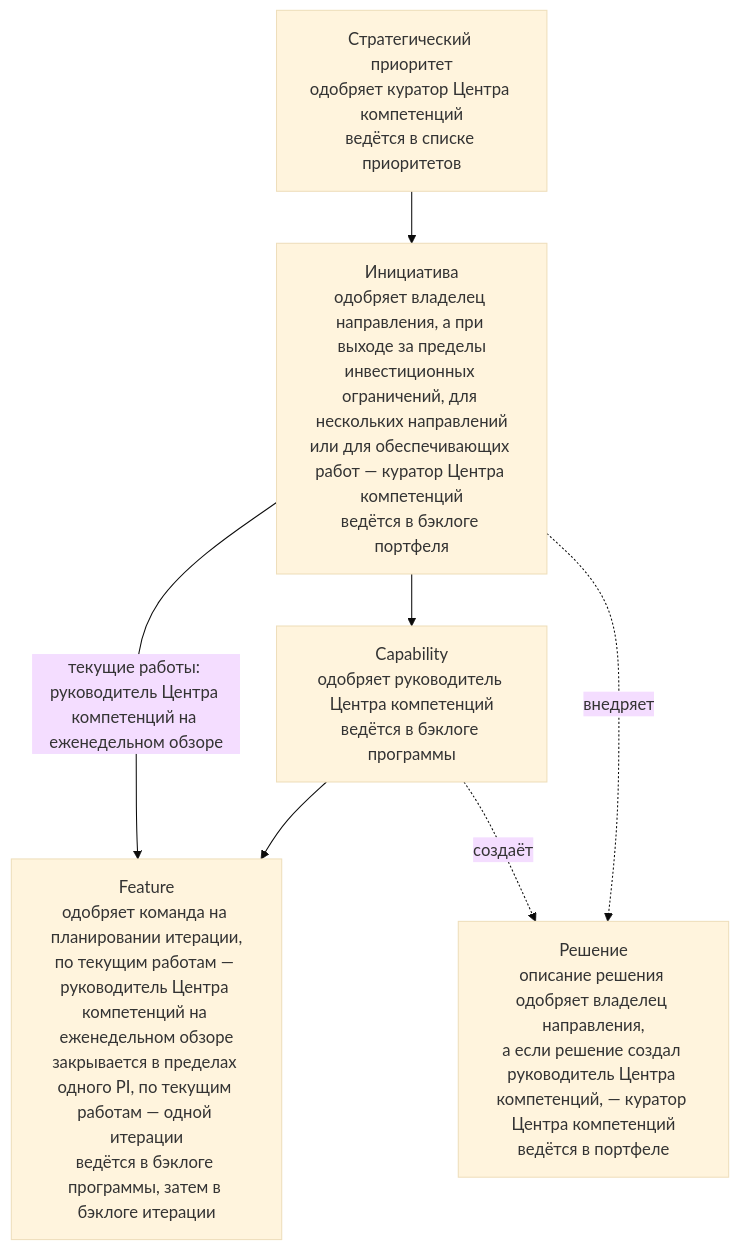
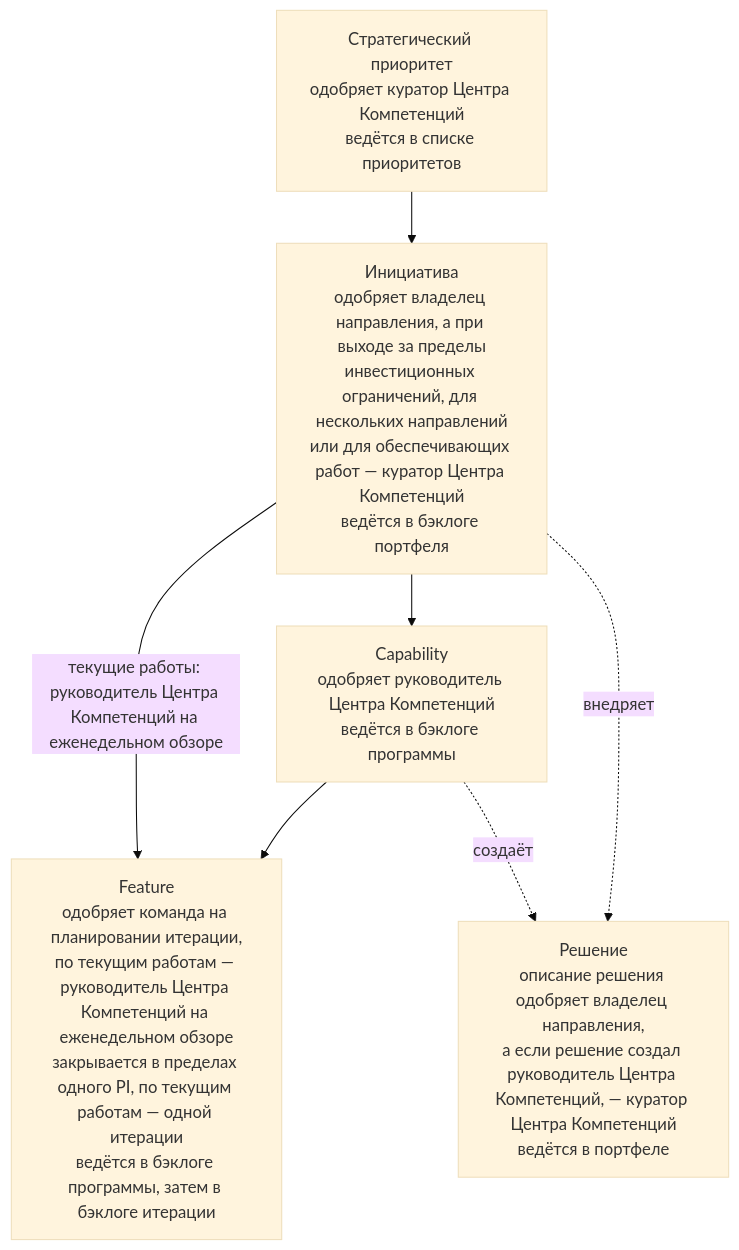
One commit to devhogu/ob-aicc changed the first of 5 diagrams in charter/ru/guides/service-delivery-guide.md. Above: the diagram before and after it, drawn with Mermaid (base theme). The commit also changed other lines of this file and 550 other files, not shown here.

````diff
--- a/charter/ru/guides/service-delivery-guide.md
+++ b/charter/ru/guides/service-delivery-guide.md
@@ -17,14 +17,14 @@
 ```mermaid
 flowchart TB
-  SP["Стратегический приоритет<br/>одобряет куратор Центра компетенций<br/>ведётся в списке приоритетов"]
-  INI["Инициатива<br/>одобряет владелец направления, а при выходе за пределы<br/>инвестиционных ограничений, для нескольких направлений<br/>или для обеспечивающих работ — куратор Центра компетенций<br/>ведётся в бэклоге портфеля"]
-  CAP["Capability<br/>одобряет руководитель Центра компетенций<br/>ведётся в бэклоге программы"]
-  FT["Feature<br/>одобряет команда на планировании итерации,<br/>по текущим работам — руководитель Центра компетенций на еженедельном обзоре<br/>закрывается в пределах одного PI, по текущим работам — одной итерации<br/>ведётся в бэклоге программы, затем в бэклоге итерации"]
-  SOL["Решение<br/>описание решения одобряет владелец направления,<br/>а если решение создал руководитель Центра компетенций, — куратор Центра компетенций<br/>ведётся в портфеле"]
+  SP["Стратегический приоритет<br/>одобряет куратор Центра Компетенций<br/>ведётся в списке приоритетов"]
+  INI["Инициатива<br/>одобряет владелец направления, а при выходе за пределы<br/>инвестиционных ограничений, для нескольких направлений<br/>или для обеспечивающих работ — куратор Центра Компетенций<br/>ведётся в бэклоге портфеля"]
+  CAP["Capability<br/>одобряет руководитель Центра Компетенций<br/>ведётся в бэклоге программы"]
+  FT["Feature<br/>одобряет команда на планировании итерации,<br/>по текущим работам — руководитель Центра Компетенций на еженедельном обзоре<br/>закрывается в пределах одного PI, по текущим работам — одной итерации<br/>ведётся в бэклоге программы, затем в бэклоге итерации"]
+  SOL["Решение<br/>описание решения одобряет владелец направления,<br/>а если решение создал руководитель Центра Компетенций, — куратор Центра Компетенций<br/>ведётся в портфеле"]
   SP --> INI
   INI --> CAP
   CAP --> FT
-  INI -->|текущие работы: руководитель Центра компетенций на еженедельном обзоре| FT
+  INI -->|текущие работы: руководитель Центра Компетенций на еженедельном обзоре| FT
   INI -.->|"внедряет"| SOL
   CAP -.->|"создаёт"| SOL
 ```
````
